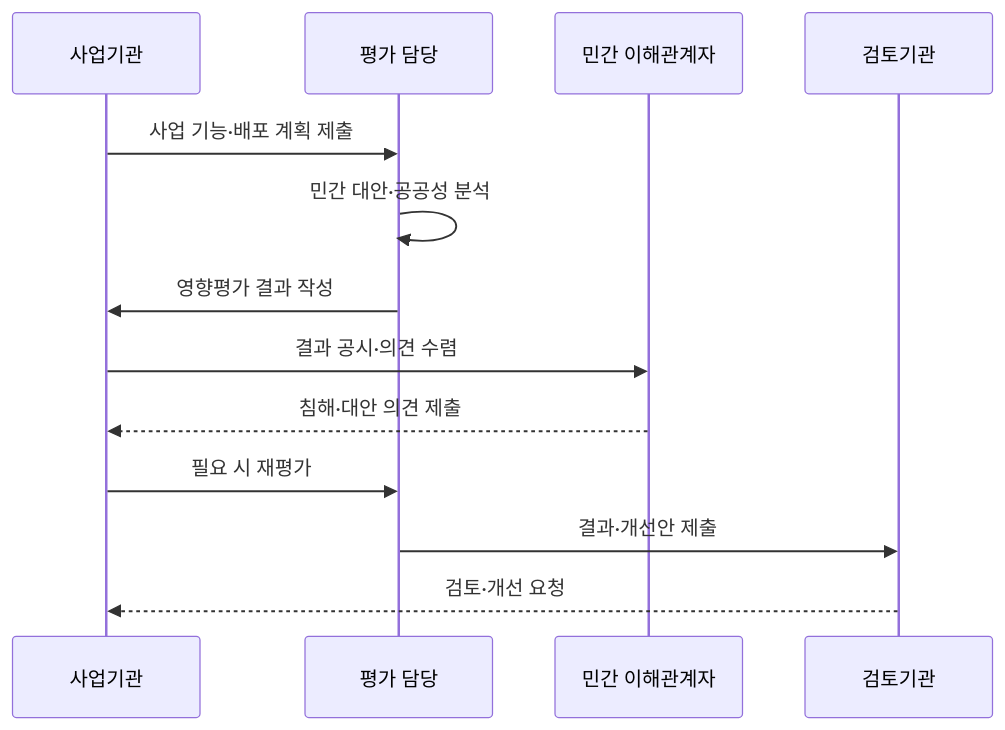
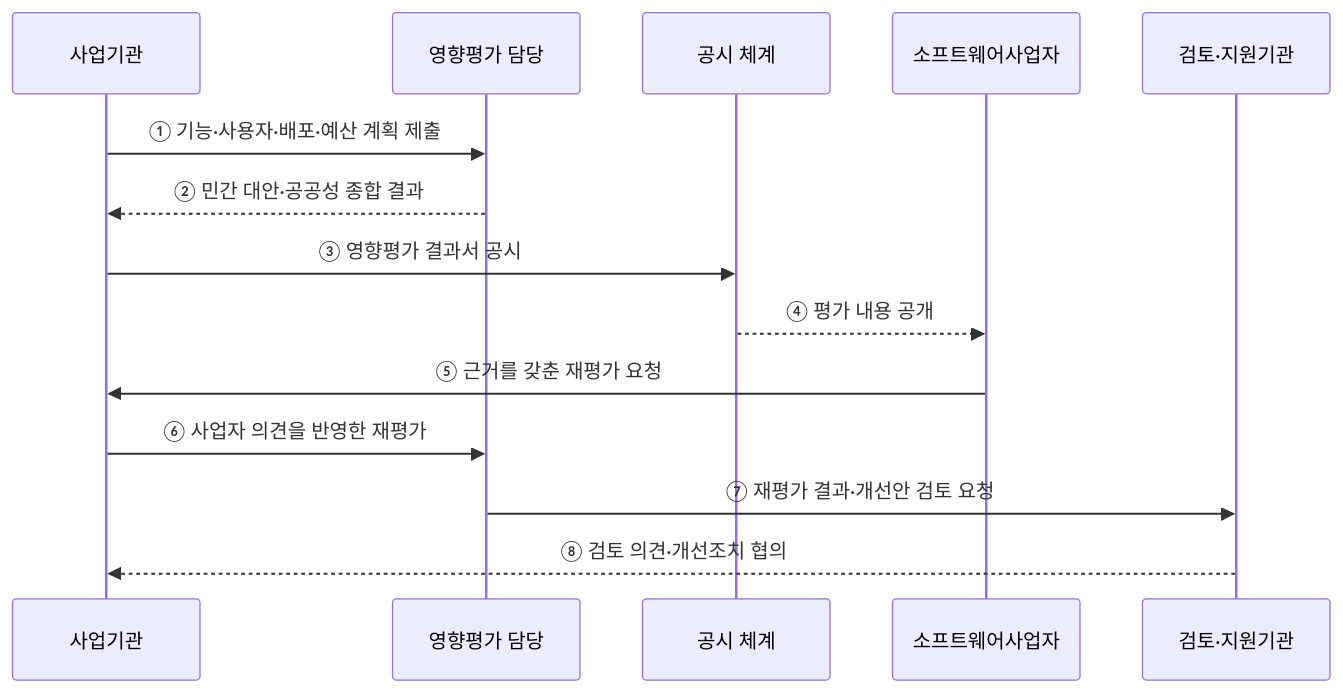
The second of 2 diagrams in src/content/docs/notes/03-software/192_sw_business_impact_assessment.md (agnusdei1207/knowledge-base), drawn with Mermaid before and after one commit. The commit also changed other lines of this file and 12 other files, not shown here.

````diff
--- a/src/content/docs/notes/03-software/192_sw_business_impact_assessment.md
+++ b/src/content/docs/notes/03-software/192_sw_business_impact_assessment.md
@@ -78,15 +68,16 @@
 ```mermaid
 sequenceDiagram
     participant A as 사업기관
-    participant E as 평가 담당
-    participant M as 민간 이해관계자
-    participant G as 검토기관
-    A->>E: 사업 기능·배포 계획 제출
-    E->>E: 민간 대안·공공성 분석
-    E->>A: 영향평가 결과 작성
-    A->>M: 결과 공시·의견 수렴
-    M-->>A: 침해·대안 의견 제출
-    A->>E: 필요 시 재평가
-    E->>G: 결과·개선안 제출
-    G-->>A: 검토·개선 요청
+    participant E as 영향평가 담당
+    participant P as 공시 체계
+    participant S as 소프트웨어사업자
+    participant G as 검토·지원기관
+    A->>E: ① 기능·사용자·배포·예산 계획 제출
+    E-->>A: ② 민간 대안·공공성 종합 결과
+    A->>P: ③ 영향평가 결과서 공시
+    P-->>S: ④ 평가 내용 공개
+    S->>A: ⑤ 근거를 갖춘 재평가 요청
+    A->>E: ⑥ 사업자 의견을 반영한 재평가
+    E->>G: ⑦ 재평가 결과·개선안 검토 요청
+    G-->>A: ⑧ 검토 의견·개선조치 협의
 ```
````
